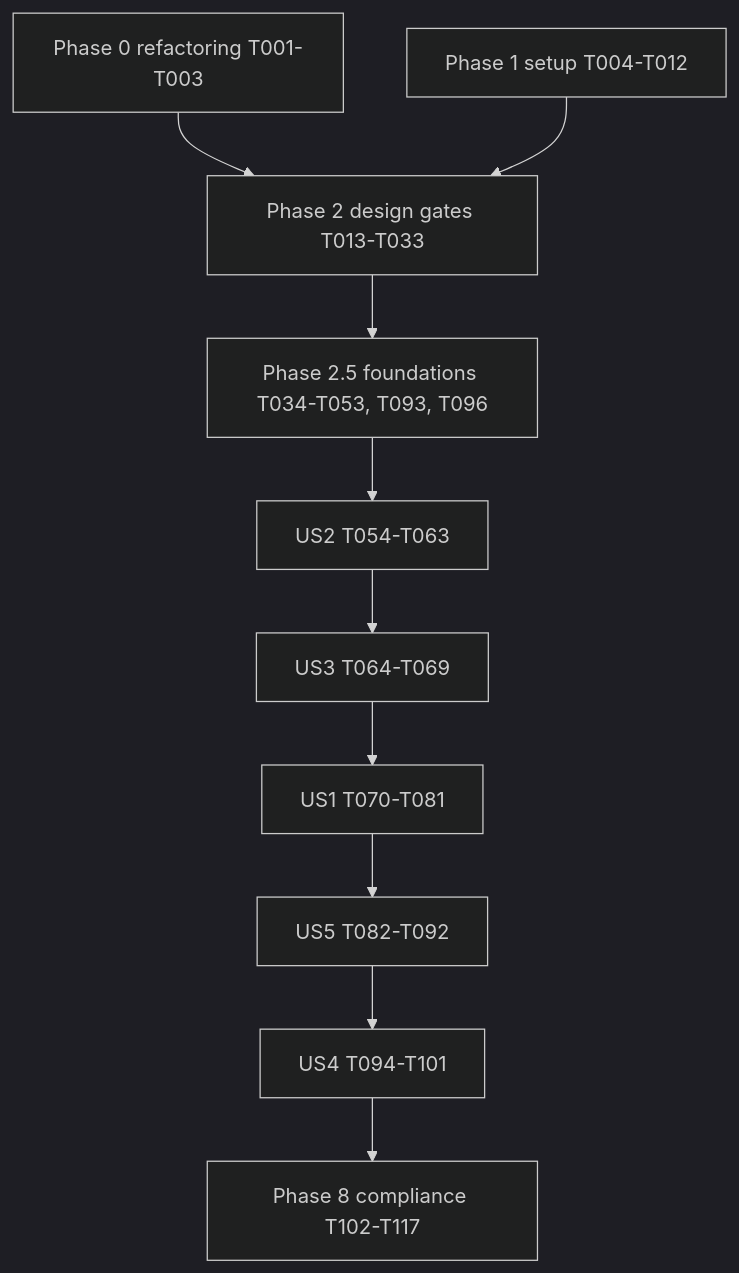
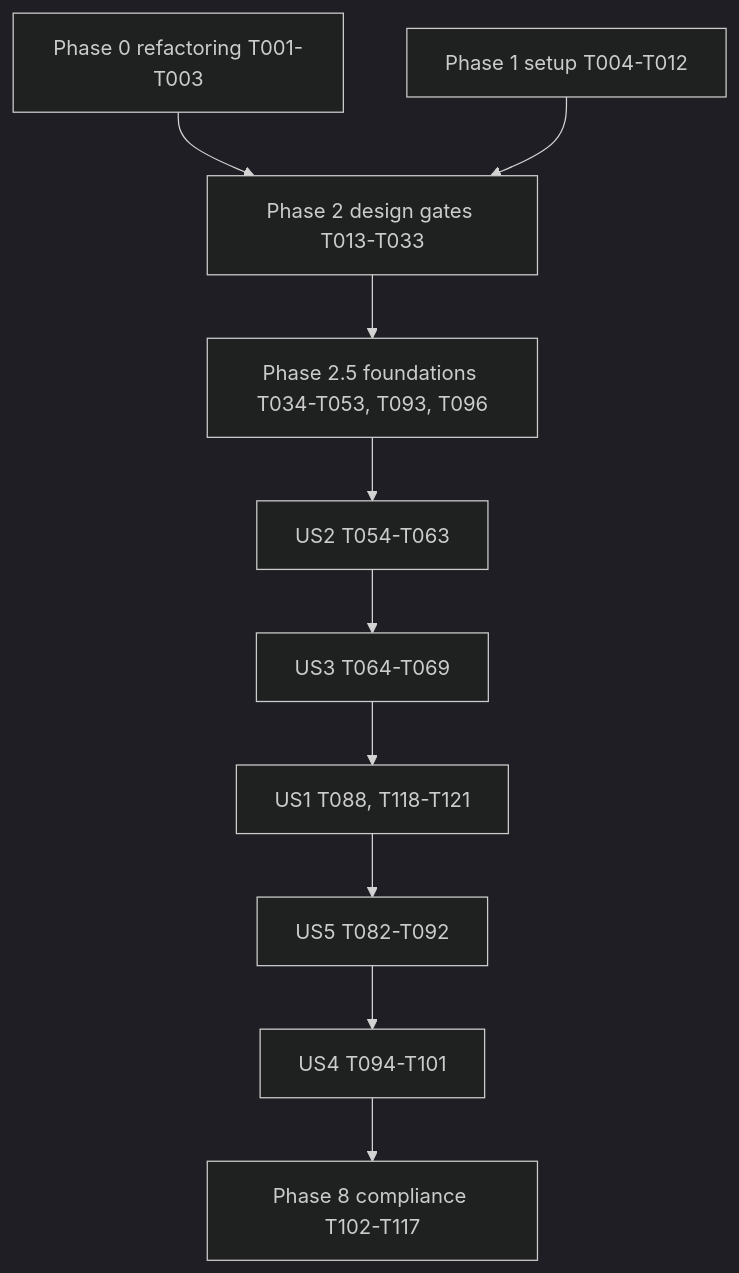
One commit to zalando-incubator/agentic-identity-broker changed the diagram in specs/20261123-194542-decision-model-tool-approvals/tasks.md. Above: the diagram before and after it, drawn with Mermaid (dark theme). The commit also changed other lines of this file and 16 other files, not shown here.

````diff
--- a/specs/20261123-194542-decision-model-tool-approvals/tasks.md
+++ b/specs/20261123-194542-decision-model-tool-approvals/tasks.md
@@ -317,12 +299,12 @@
 ```mermaid
 flowchart TD
   P0["Phase 0 refactoring T001-T003"] --> P2["Phase 2 design gates T013-T033"]
   P1["Phase 1 setup T004-T012"] --> P2
   P2 --> F["Phase 2.5 foundations T034-T053, T093, T096"]
   F --> US2["US2 T054-T063"]
   US2 --> US3["US3 T064-T069"]
-  US3 --> US1["US1 T070-T081"]
+  US3 --> US1["US1 T088, T118-T121"]
   US1 --> US5["US5 T082-T092"]
   US5 --> US4["US4 T094-T101"]
   US4 --> N["Phase 8 compliance T102-T117"]
 ```
````
